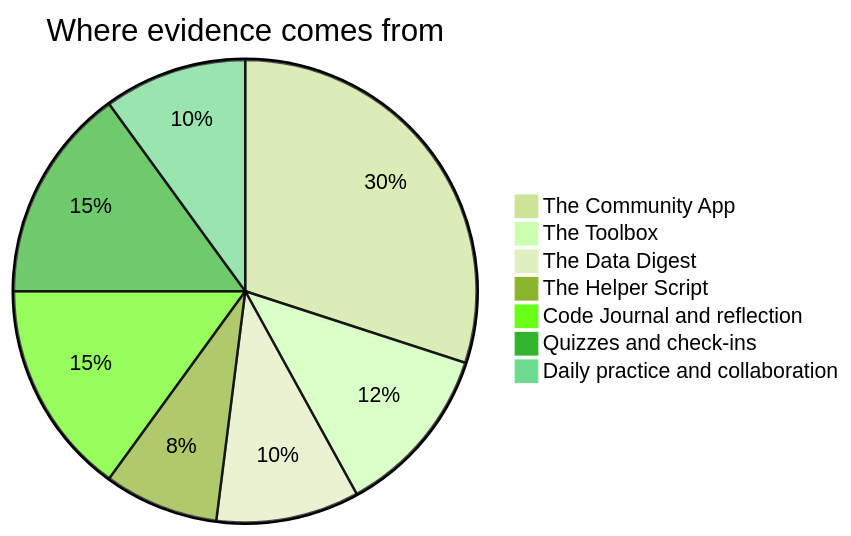
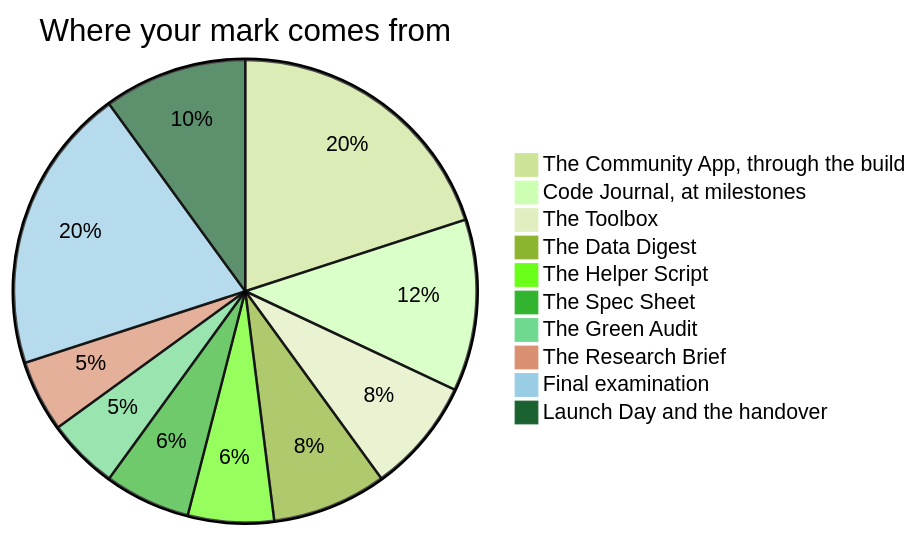
One commit to russellgordon/containerized-quartz-for-teachers changed the diagram in support/example_content/ICS3U/shared/Setup/How Marks Work.md. Above: the diagram before and after it, drawn with Mermaid (forest theme). The commit also changed other lines of this file and 32 other files, not shown here.

````diff
--- a/support/example_content/ICS3U/shared/Setup/How Marks Work.md
+++ b/support/example_content/ICS3U/shared/Setup/How Marks Work.md
@@ -17,10 +25,13 @@
 ```mermaid
-pie title Where evidence comes from
-    "The Community App" : 30
-    "The Toolbox" : 12
-    "The Data Digest" : 10
-    "The Helper Script" : 8
-    "Code Journal and reflection" : 15
-    "Quizzes and check-ins" : 15
-    "Daily practice and collaboration" : 10
+pie title Where your mark comes from
+    "The Community App, through the build" : 20
+    "Code Journal, at milestones" : 12
+    "The Toolbox" : 8
+    "The Data Digest" : 8
+    "The Helper Script" : 6
+    "The Spec Sheet" : 6
+    "The Green Audit" : 5
+    "The Research Brief" : 5
+    "Final examination" : 20
+    "Launch Day and the handover" : 10
 ```
````
